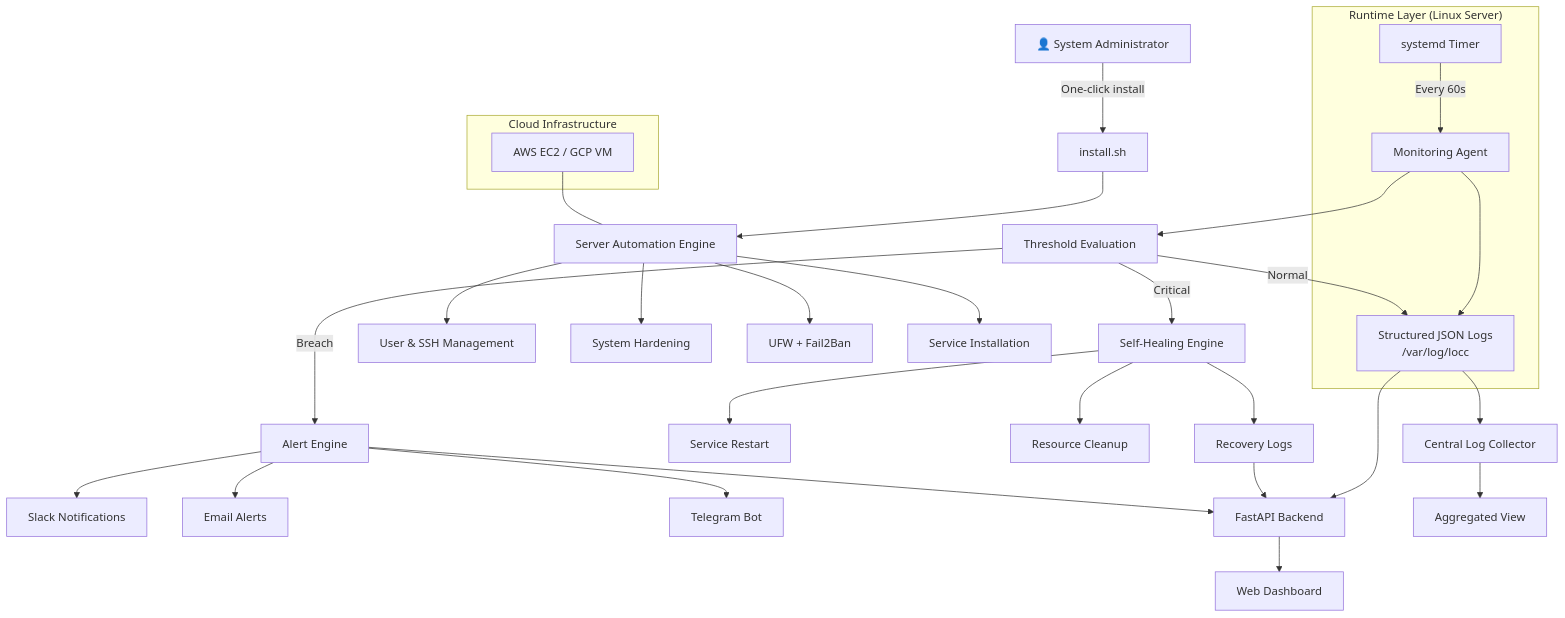
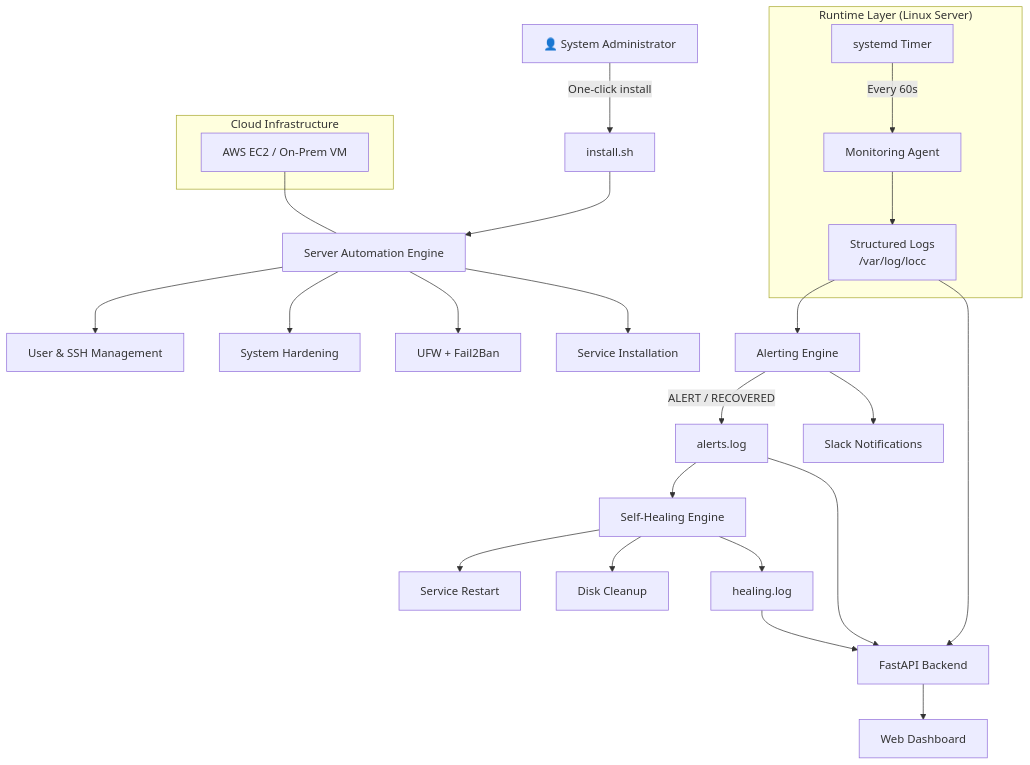
One commit to Atharv5873/linuxops-control-center changed the diagram in README.md. Above: the diagram before and after it, drawn with Mermaid. The commit also changed other lines of this file, not shown here.

Commit message:
docs: add complete project overview and architecture diagram

````diff
--- a/README.md
+++ b/README.md
@@ -155,58 +189,49 @@
 ```mermaid
 flowchart TD
     %% ===== User Layer =====
     Admin[👤 System Administrator]
 
     %% ===== Entry Layer =====
     Admin -->|One-click install| Install[install.sh]
 
     %% ===== Automation Layer =====
     Install --> Setup[Server Automation Engine]
     Setup --> Users[User & SSH Management]
     Setup --> Hardening[System Hardening]
     Setup --> Firewall[UFW + Fail2Ban]
     Setup --> Services[Service Installation]
 
     %% ===== Runtime Layer =====
     subgraph Runtime["Runtime Layer (Linux Server)"]
+        TimerAgent[systemd Timer]
         Agent[Monitoring Agent]
-        Timer[systemd Timer]
-        Logs[Structured JSON Logs<br>/var/log/locc]
+        Logs[Structured Logs<br>/var/log/locc]
     end
 
-    Timer -->|Every 60s| Agent
+    TimerAgent -->|Every 60s| Agent
     Agent --> Logs
 
-    %% ===== Decision Layer =====
-    Agent --> Thresholds[Threshold Evaluation]
-    Thresholds -->|Normal| Logs
-    Thresholds -->|Breach| Alerts[Alert Engine]
-
     %% ===== Alerting Layer =====
-    Alerts --> Slack[Slack Notifications]
-    Alerts --> Email[Email Alerts]
-    Alerts --> Telegram[Telegram Bot]
+    Logs --> AlertEngine[Alerting Engine]
+    AlertEngine -->|ALERT / RECOVERED| AlertLog[alerts.log]
+    AlertEngine --> Slack[Slack Notifications]
 
     %% ===== Self-Healing Layer =====
-    Thresholds -->|Critical| Healing[Self-Healing Engine]
+    AlertLog --> Healing[Self-Healing Engine]
     Healing --> Restart[Service Restart]
-    Healing --> Cleanup[Resource Cleanup]
-    Healing --> RecoveryLog[Recovery Logs]
+    Healing --> Cleanup[Disk Cleanup]
+    Healing --> HealLog[healing.log]
 
     %% ===== Dashboard Layer =====
     Logs --> API[FastAPI Backend]
-    RecoveryLog --> API
-    Alerts --> API
+    AlertLog --> API
+    HealLog --> API
     API --> Dashboard[Web Dashboard]
-
-    %% ===== Optional Centralized Logging =====
-    Logs --> Central[Central Log Collector]
-    Central --> SIEM[Aggregated View]
 
     %% ===== Cloud Layer =====
     subgraph Cloud["Cloud Infrastructure"]
-        VM[AWS EC2 / GCP VM]
+        VM[AWS EC2 / On-Prem VM]
     end
 
     VM --- Setup
 ```
````
